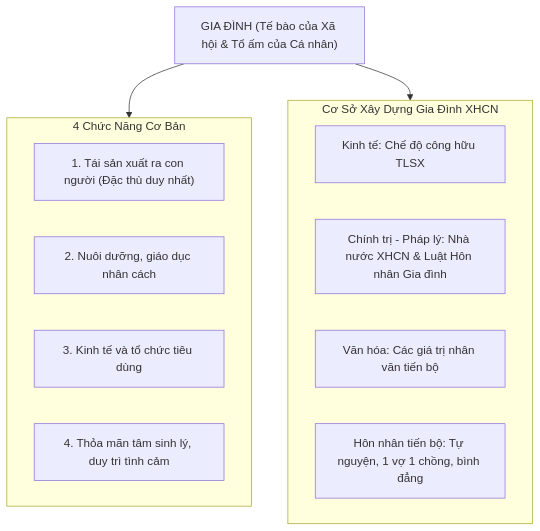
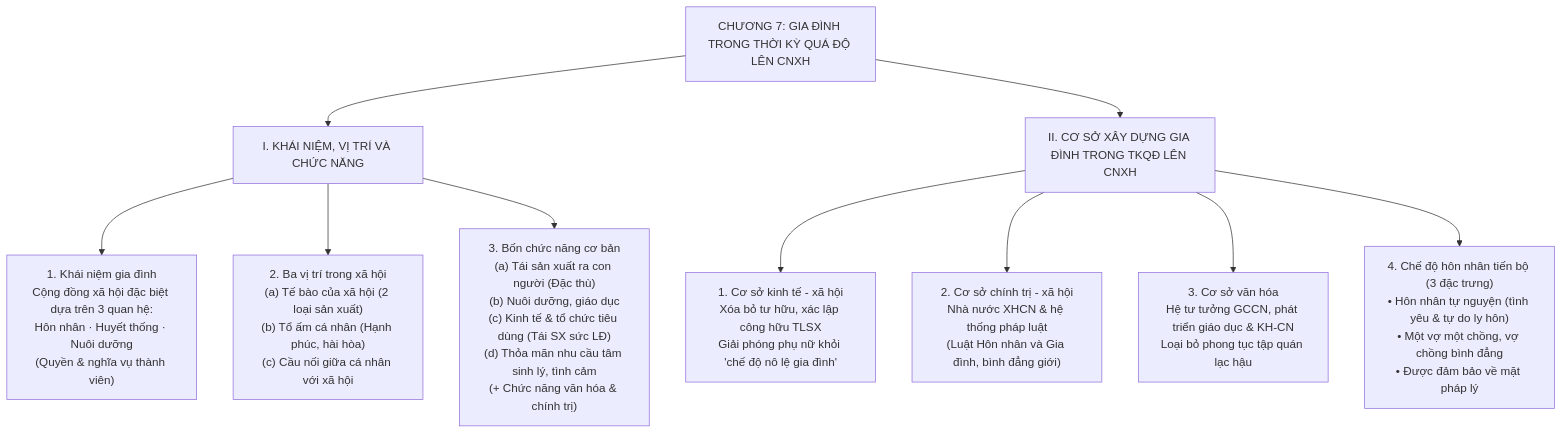
One commit to TyT712/Ky_1_26_27 changed the first of 2 diagrams in docs/data/cnxhkh/chuong_7_theory.md. Above: the diagram before and after it, drawn with Mermaid. The commit also changed other lines of this file and 25 other files, not shown here.

````diff
--- a/docs/data/cnxhkh/chuong_7_theory.md
+++ b/docs/data/cnxhkh/chuong_7_theory.md
@@ -4,20 +13,14 @@
 ```mermaid
-graph TD
-    A["GIA ĐÌNH (Tế bào của Xã hội & Tổ ấm của Cá nhân)"]
-    
-    subgraph BonChucNang ["4 Chức Năng Cơ Bản"]
-        B["1. Tái sản xuất ra con người (Đặc thù duy nhất)"]
-        C["2. Nuôi dưỡng, giáo dục nhân cách"]
-        D["3. Kinh tế và tổ chức tiêu dùng"]
-        E["4. Thỏa mãn tâm sinh lý, duy trì tình cảm"]
-    end
-    A --> BonChucNang
+flowchart TD
+    GD["CHƯƠNG 7: GIA ĐÌNH TRONG THỜI KỲ QUÁ ĐỘ LÊN CNXH"] --> M1["I. KHÁI NIỆM, VỊ TRÍ VÀ CHỨC NĂNG"]
+    GD --> M2["II. CƠ SỞ XÂY DỰNG GIA ĐÌNH TRONG TKQĐ LÊN CNXH"]
 
-    subgraph CoSoXayDung ["Cơ Sở Xây Dựng Gia Đình XHCN"]
-        F["Kinh tế: Chế độ công hữu TLSX"]
-        G["Chính trị - Pháp lý: Nhà nước XHCN & Luật Hôn nhân Gia đình"]
-        H["Văn hóa: Các giá trị nhân văn tiến bộ"]
-        I["Hôn nhân tiến bộ: Tự nguyện, 1 vợ 1 chồng, bình đẳng"]
-    end
-    A --> CoSoXayDung
+    M1 --> KN["1. Khái niệm gia đình<br>Cộng đồng xã hội đặc biệt dựa trên 3 quan hệ:<br>Hôn nhân · Huyết thống · Nuôi dưỡng<br>(Quyền & nghĩa vụ thành viên)"]
+    M1 --> VT["2. Ba vị trí trong xã hội<br>(a) Tế bào của xã hội (2 loại sản xuất)<br>(b) Tổ ấm cá nhân (Hạnh phúc, hài hòa)<br>(c) Cầu nối giữa cá nhân với xã hội"]
+    M1 --> CN["3. Bốn chức năng cơ bản<br>(a) Tái sản xuất ra con người (Đặc thù)<br>(b) Nuôi dưỡng, giáo dục<br>(c) Kinh tế & tổ chức tiêu dùng (Tái SX sức LĐ)<br>(d) Thỏa mãn nhu cầu tâm sinh lý, tình cảm<br>(+ Chức năng văn hóa & chính trị)"]
+
+    M2 --> CS1["1. Cơ sở kinh tế - xã hội<br>Xóa bỏ tư hữu, xác lập công hữu TLSX<br>Giải phóng phụ nữ khỏi 'chế độ nô lệ gia đình'"]
+    M2 --> CS2["2. Cơ sở chính trị - xã hội<br>Nhà nước XHCN & hệ thống pháp luật<br>(Luật Hôn nhân và Gia đình, bình đẳng giới)"]
+    M2 --> CS3["3. Cơ sở văn hóa<br>Hệ tư tưởng GCCN, phát triển giáo dục & KH-CN<br>Loại bỏ phong tục tập quán lạc hậu"]
+    M2 --> CS4["4. Chế độ hôn nhân tiến bộ (3 đặc trưng)<br>• Hôn nhân tự nguyện (tình yêu & tự do ly hôn)<br>• Một vợ một chồng, vợ chồng bình đẳng<br>• Được đảm bảo về mặt pháp lý"]
 ```
````
